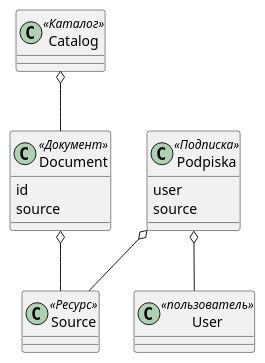
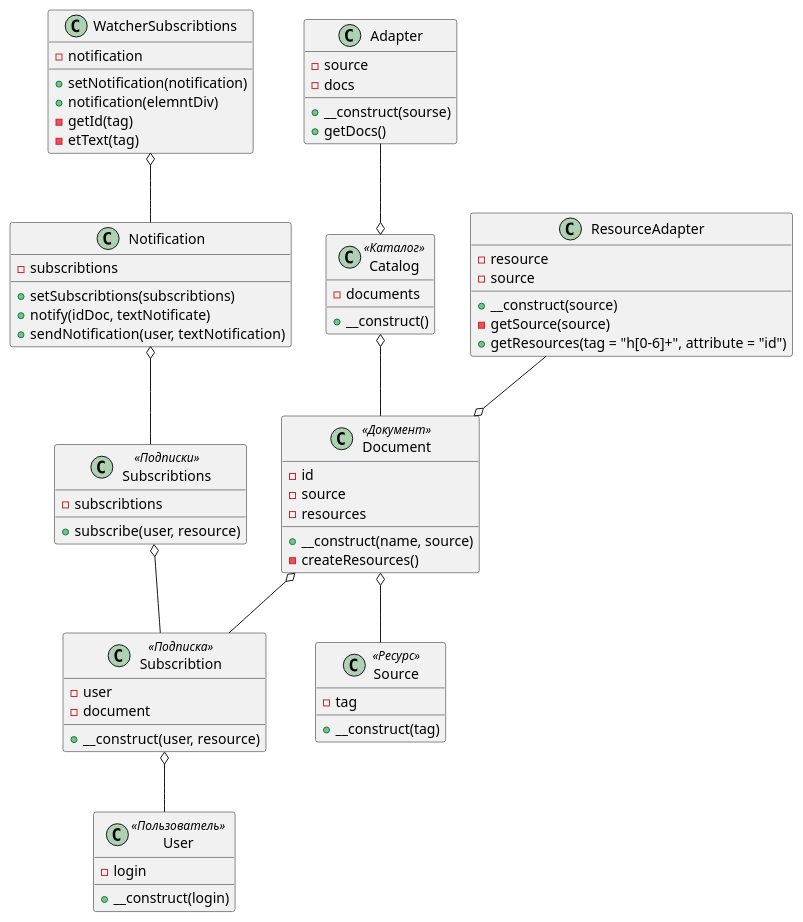
One commit to AlexDakson/knowledgebase changed the diagram in docs/preedent.puml. Above: the diagram before and after it, drawn with PlantUML. The commit also changed 17 other files, not shown here.

```diff
--- a/docs/preedent.puml
+++ b/docs/preedent.puml
@@ -1,23 +1,76 @@
 @startuml
 
 
 class Document <<Документ>> {
-    id
-    source
+    - id
+    - source
+ - resources
+ + __construct(name, source)
+ - createResources()
 }
+
 class Source <<Ресурс>> {
+    - tag
+    + __construct(tag) 
 }
-class Podpiska <<Подписка>> {
-user
-source
+
+class Subscribtion <<Подписка>> {
+    - user
+    - document
+     + __construct(user, resource)
 }
 class Catalog <<Каталог>> {
+    - documents
+    + __construct()
 }
-class User <<пользователь>> {
+
+class User <<Пользователь>> {
+    - login
+    + __construct(login)
 }
+
+class Adapter {
+    - source
+    - docs
+    + __construct(sourse) 
+    + getDocs()
+}
+
+class ResourceAdapter {
+    - resource
+    - source
+    + __construct(source)
+    - getSource(source)
+    + getResources(tag = "h[0-6]+", attribute = "id")
+}
+
+class Subscribtions <<Подписки>>{
+    - subscribtions
+    + subscribe(user, resource)
+}
+
+class WatcherSubscribtions {
+    - notification
+    + setNotification(notification)
+    + notification(elemntDiv)
+    - getId(tag)
+    - etText(tag)  
+} 
+
+class Notification {
+    - subscribtions
+    + setSubscribtions(subscribtions)
+    + notify(idDoc, textNotificate)
+    + sendNotification(user, textNotification)
+}
+
 Document o-- Source
 Catalog o-- Document
-Podpiska o-- User
-Podpiska o-- Source
-
+Subscribtion o-- User
+Adapter --o Catalog 
+ResourceAdapter --o Document
+Subscribtions o-- Subscribtion
+Document o-- Subscribtion
+WatcherSubscribtions o-- Notification
+Notification o-- Subscribtions
 @enduml
```
